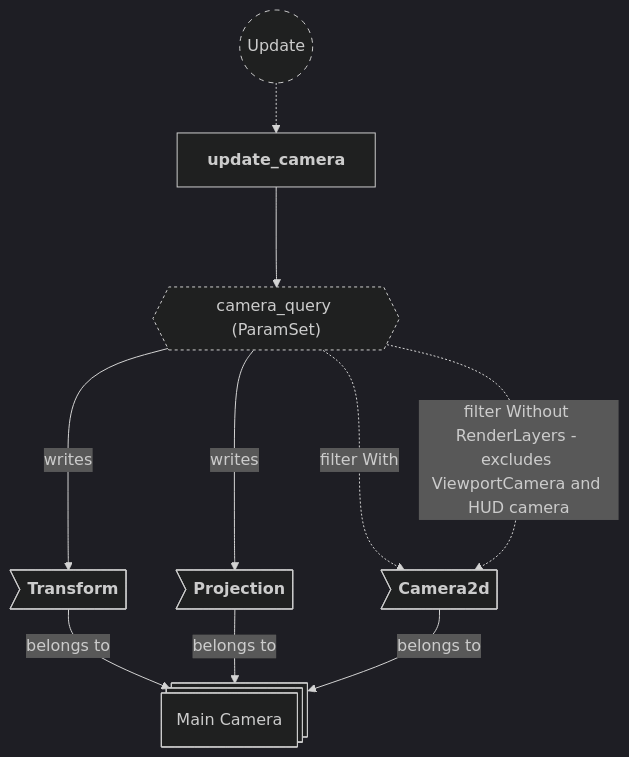
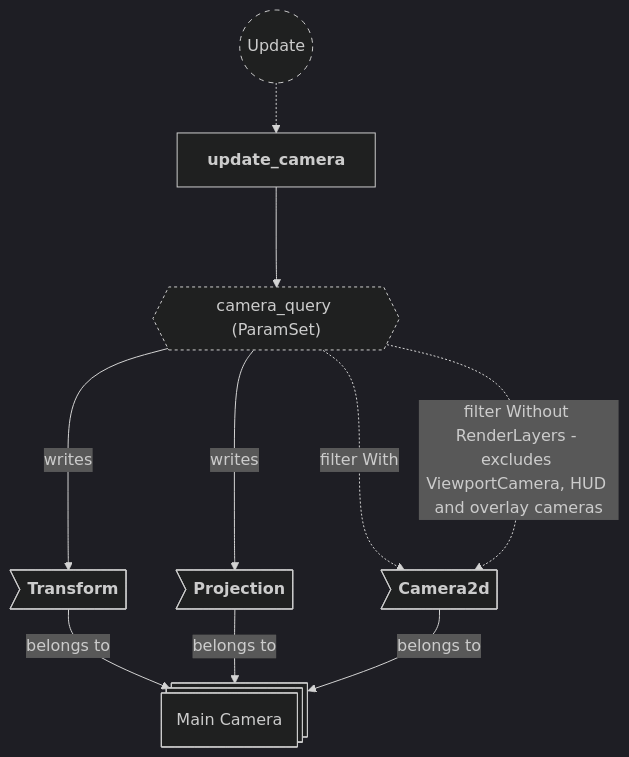
One commit to neurosoup/tyled changed the fifth of 8 diagrams in backlog/docs/doc-6 - 005-Camera-plugin.md. Above: the diagram before and after it, drawn with Mermaid. The commit also changed other lines of this file, not shown here.

First line of the commit message:
Docs: simplify doc-6 camera plugin text

````diff
--- a/backlog/docs/doc-6 - 005-Camera-plugin.md
+++ b/backlog/docs/doc-6 - 005-Camera-plugin.md
@@ -199,29 +187,29 @@
 ```mermaid
 ---
 config:
   theme: dark
 ---
 
 flowchart TD
 classDef system-group stroke-dasharray: 5 5
 classDef query stroke-dasharray: 3 3
 
 update(("`Update`")):::system-group
 update_camera["`**update_camera**`"]
 
 update -.-> update_camera
 
 camera_query{{"`camera_query (ParamSet)`"}}:::query
 update_camera ---> camera_query
 
 camera_entity@{ shape: st-rect, label: "Main Camera" }
 
 ce_transform>"`**Transform**`"] --> |belongs to| camera_entity
 ce_projection>"`**Projection**`"] --> |belongs to| camera_entity
 ce_camera2d>"`**Camera2d**`"] --> |belongs to| camera_entity
 
 camera_query ---> |writes| ce_transform
 camera_query ---> |writes| ce_projection
 camera_query -..-> |filter With| ce_camera2d
-camera_query -..-> |filter Without RenderLayers - excludes ViewportCamera and HUD camera| ce_camera2d
+camera_query -..-> |filter Without RenderLayers - excludes ViewportCamera, HUD and overlay cameras| ce_camera2d
 ```
````
